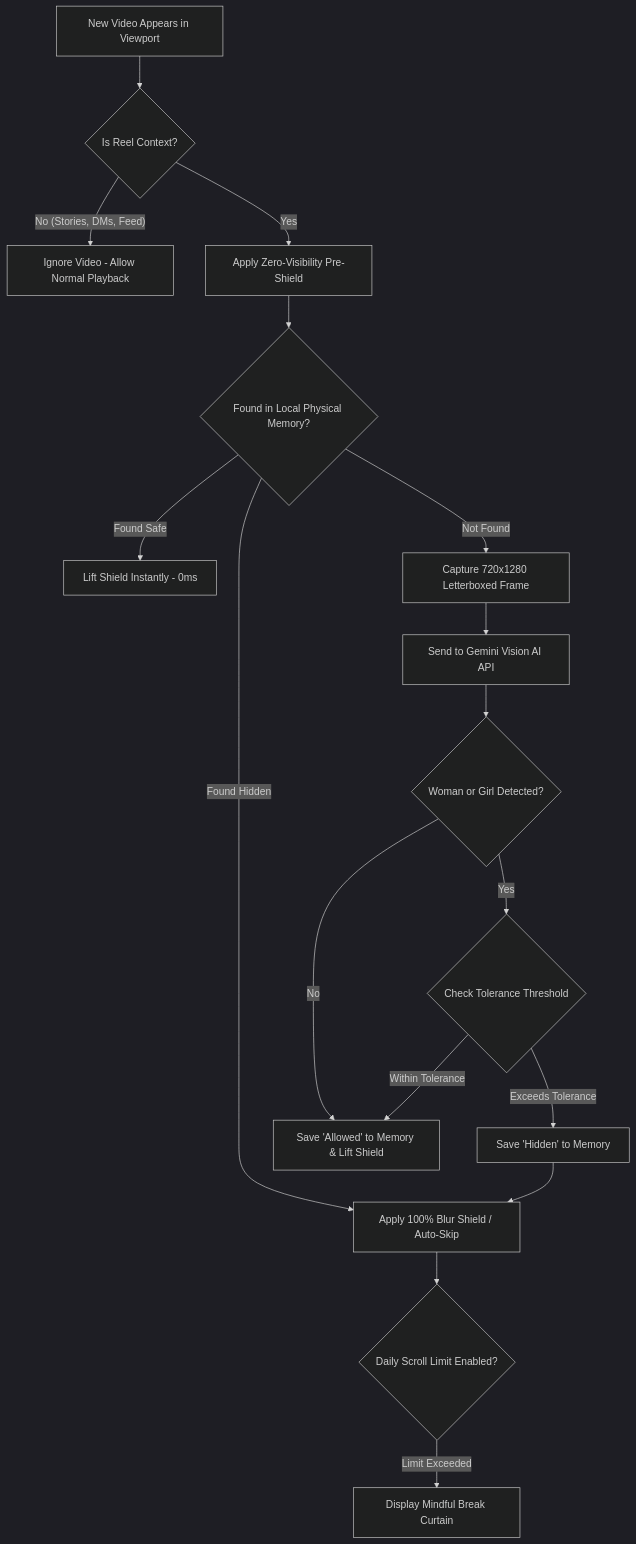
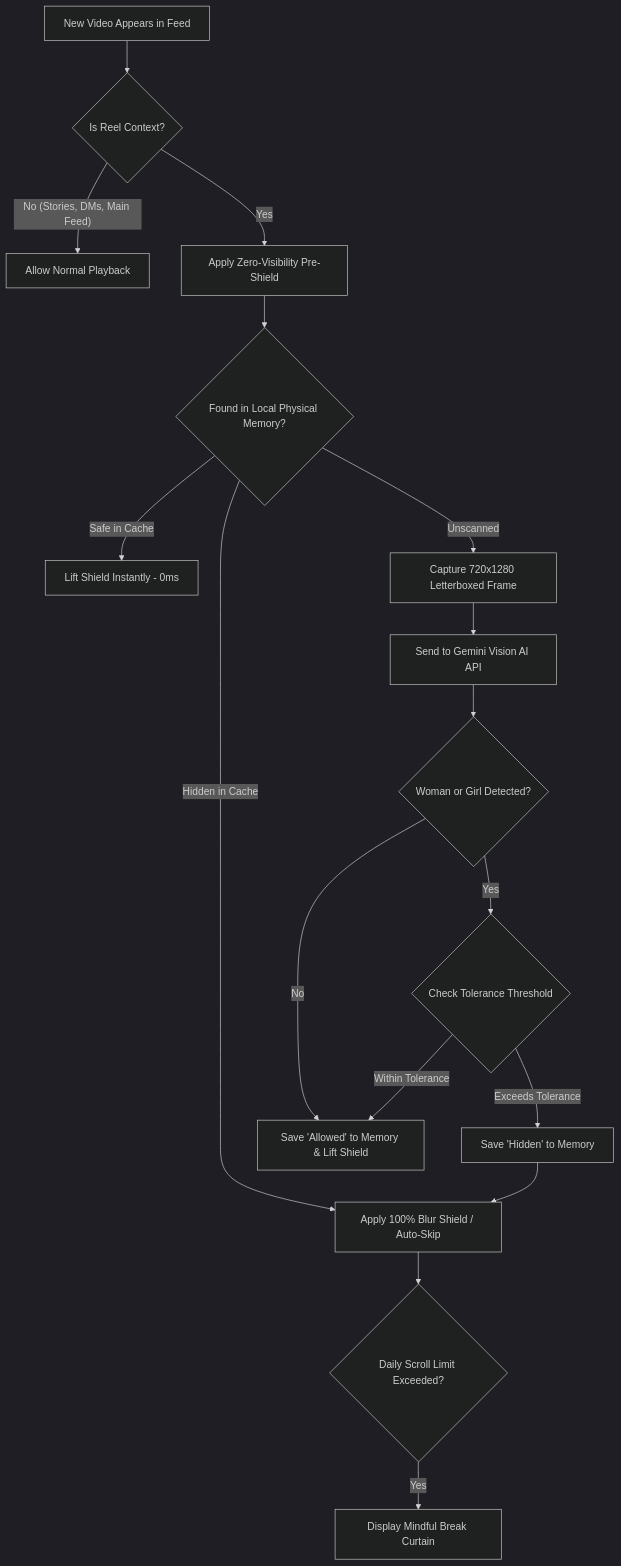
The diagram in README.md (Lafarie/halal-mode), drawn with Mermaid (dark theme) before and after one commit. The commit also changed other lines of this file, not shown here.

````diff
--- a/README.md
+++ b/README.md
@@ -119,19 +140,19 @@
 ```mermaid
 flowchart TD
-    A[New Video Appears in Viewport] --> B{Is Reel Context?}
-    B -- No (Stories, DMs, Feed) --> C[Ignore Video - Allow Normal Playback]
+    A[New Video Appears in Feed] --> B{Is Reel Context?}
+    B -- No (Stories, DMs, Main Feed) --> C[Allow Normal Playback]
     B -- Yes --> D[Apply Zero-Visibility Pre-Shield]
     D --> E{Found in Local Physical Memory?}
-    E -- Found Safe --> F[Lift Shield Instantly - 0ms]
-    E -- Found Hidden --> G[Apply 100% Blur Shield / Auto-Skip]
-    E -- Not Found --> H[Capture 720x1280 Letterboxed Frame]
+    E -- Safe in Cache --> F[Lift Shield Instantly - 0ms]
+    E -- Hidden in Cache --> G[Apply 100% Blur Shield / Auto-Skip]
+    E -- Unscanned --> H[Capture 720x1280 Letterboxed Frame]
     H --> I[Send to Gemini Vision AI API]
     I --> J{Woman or Girl Detected?}
     J -- No --> K[Save 'Allowed' to Memory & Lift Shield]
     J -- Yes --> L{Check Tolerance Threshold}
     L -- Within Tolerance --> K
     L -- Exceeds Tolerance --> M[Save 'Hidden' to Memory]
     M --> G
-    G --> N{Daily Scroll Limit Enabled?}
-    N -- Limit Exceeded --> O[Display Mindful Break Curtain]
+    G --> N{Daily Scroll Limit Exceeded?}
+    N -- Yes --> O[Display Mindful Break Curtain]
 ```
````
